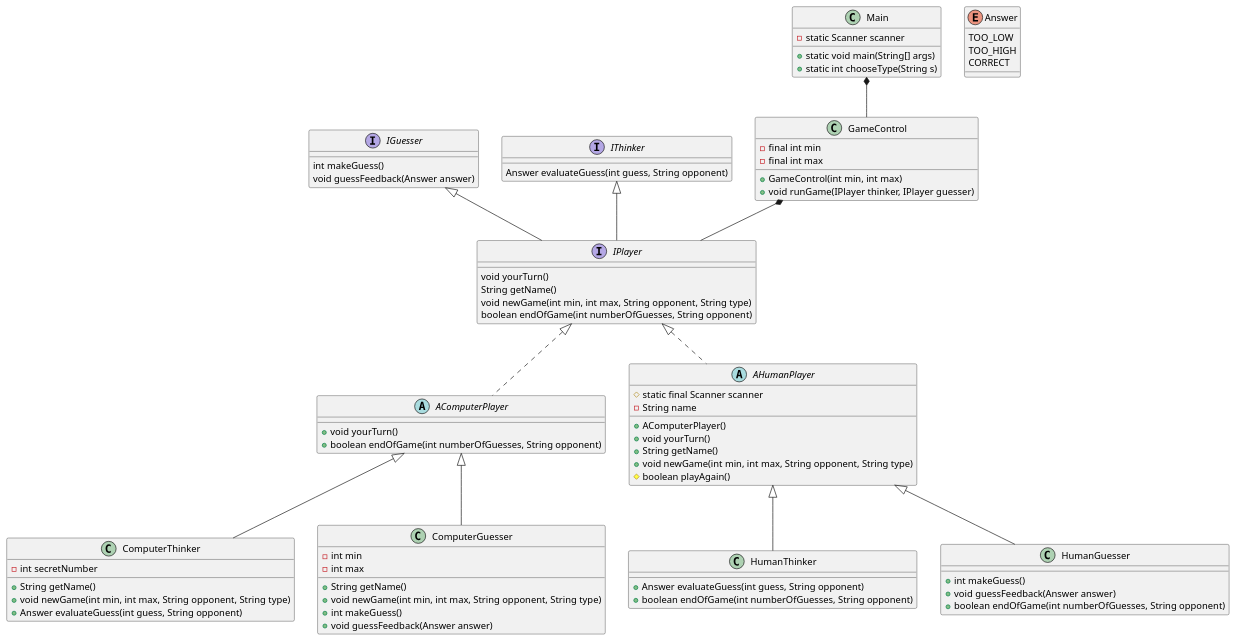
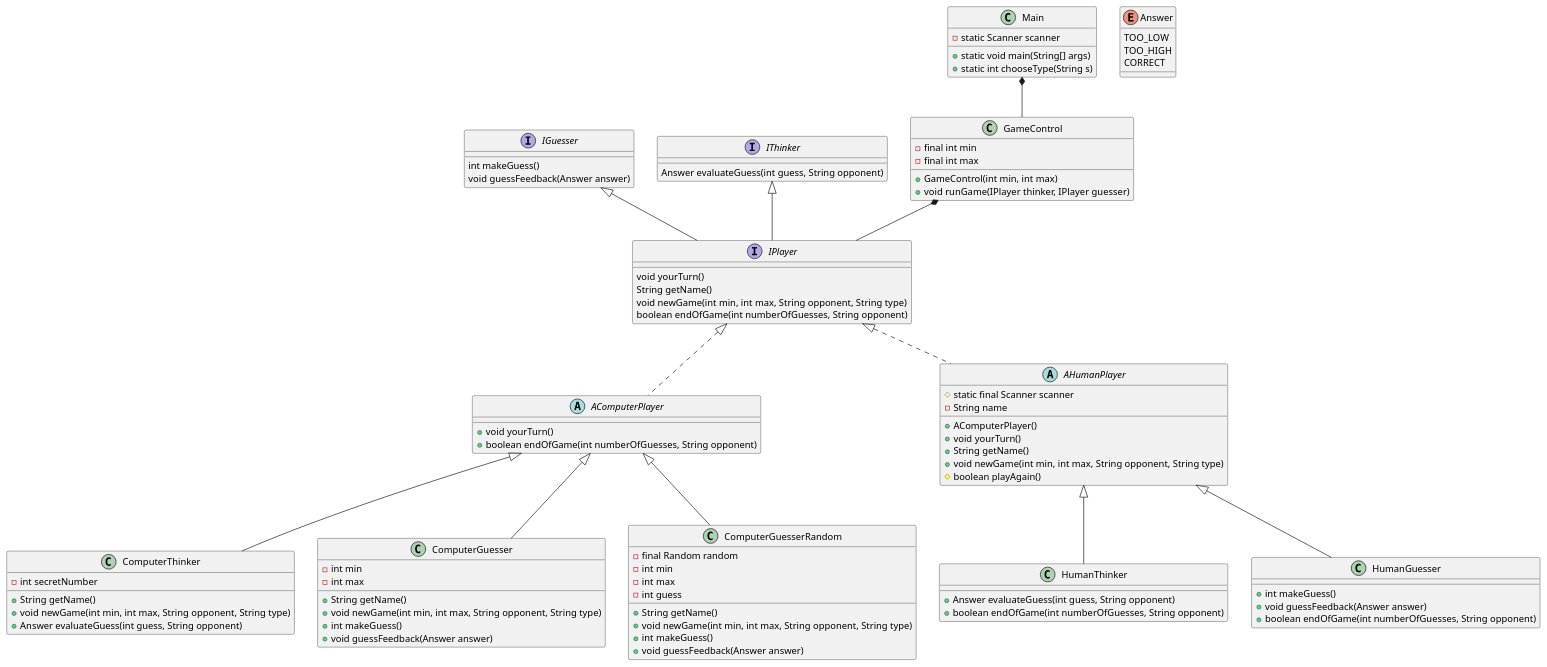
Before and after one commit to Peter537/GuessANumberGame: the diagram in Documentation/Documentation.puml, drawn with PlantUML.

```diff
--- a/Documentation/Documentation.puml
+++ b/Documentation/Documentation.puml
@@ -1,104 +1,115 @@
 @startuml
 
 '------------------
 ' INTERFACES
 '------------------
 
 interface IPlayer extends IGuesser, IThinker {
     void yourTurn()
     String getName()
     void newGame(int min, int max, String opponent, String type)
     boolean endOfGame(int numberOfGuesses, String opponent)
 }
 
 interface IGuesser {
     int makeGuess()
     void guessFeedback(Answer answer)
 }
 
 interface IThinker {
     Answer evaluateGuess(int guess, String opponent)
 }
 
 '------------------
 ' ABSTRACT CLASSES
 '------------------
 
 abstract class AComputerPlayer implements IPlayer {
     + void yourTurn()
     + boolean endOfGame(int numberOfGuesses, String opponent)
 }
 
 abstract class AHumanPlayer implements IPlayer {
     # static final Scanner scanner
     - String name
     + AComputerPlayer()
     + void yourTurn()
     + String getName()
     + void newGame(int min, int max, String opponent, String type)
     # boolean playAgain()
 }
 
 '------------------
 ' CLASSES
 '------------------
 
 class ComputerThinker extends AComputerPlayer {
     - int secretNumber
     + String getName()
     + void newGame(int min, int max, String opponent, String type)
     + Answer evaluateGuess(int guess, String opponent)
 }
 
 class ComputerGuesser extends AComputerPlayer {
     - int min
     - int max
     + String getName()
     + void newGame(int min, int max, String opponent, String type)
     + int makeGuess()
     + void guessFeedback(Answer answer)
 }
 
+class ComputerGuesserRandom extends AComputerPlayer {
+    - final Random random
+    - int min
+    - int max
+    - int guess
+    + String getName()
+    + void newGame(int min, int max, String opponent, String type)
+    + int makeGuess()
+    + void guessFeedback(Answer answer)
+}
+
 class HumanThinker extends AHumanPlayer {
     + Answer evaluateGuess(int guess, String opponent)
     + boolean endOfGame(int numberOfGuesses, String opponent)
 }
 
 class HumanGuesser extends AHumanPlayer {
     + int makeGuess()
     + void guessFeedback(Answer answer)
     + boolean endOfGame(int numberOfGuesses, String opponent)
 }
 
 class GameControl {
     - final int min
     - final int max
     + GameControl(int min, int max)
     + void runGame(IPlayer thinker, IPlayer guesser)
 }
 
 class Main {
     - static Scanner scanner
     + static void main(String[] args)
     + static int chooseType(String s)
 }
 
 '------------------
 ' ENUMS
 '------------------
 
 enum Answer {
     TOO_LOW
     TOO_HIGH
     CORRECT
 }
 
 '------------------
 ' RELATIONS
 '------------------
 
 Main *-- GameControl
 
 GameControl *-- IPlayer
 
 @enduml
```
